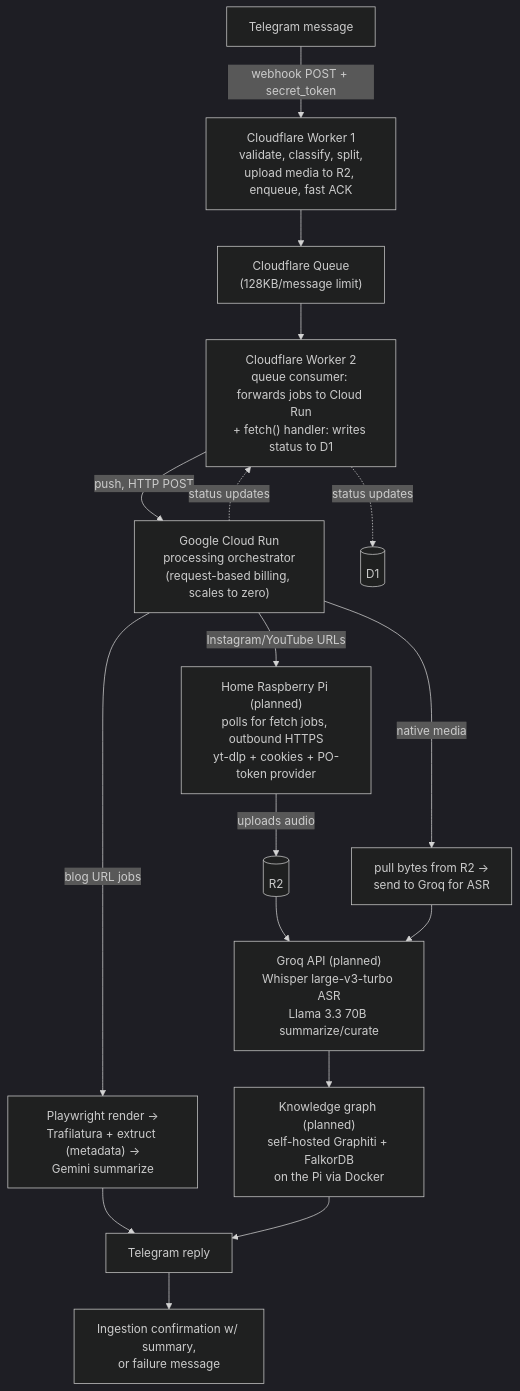
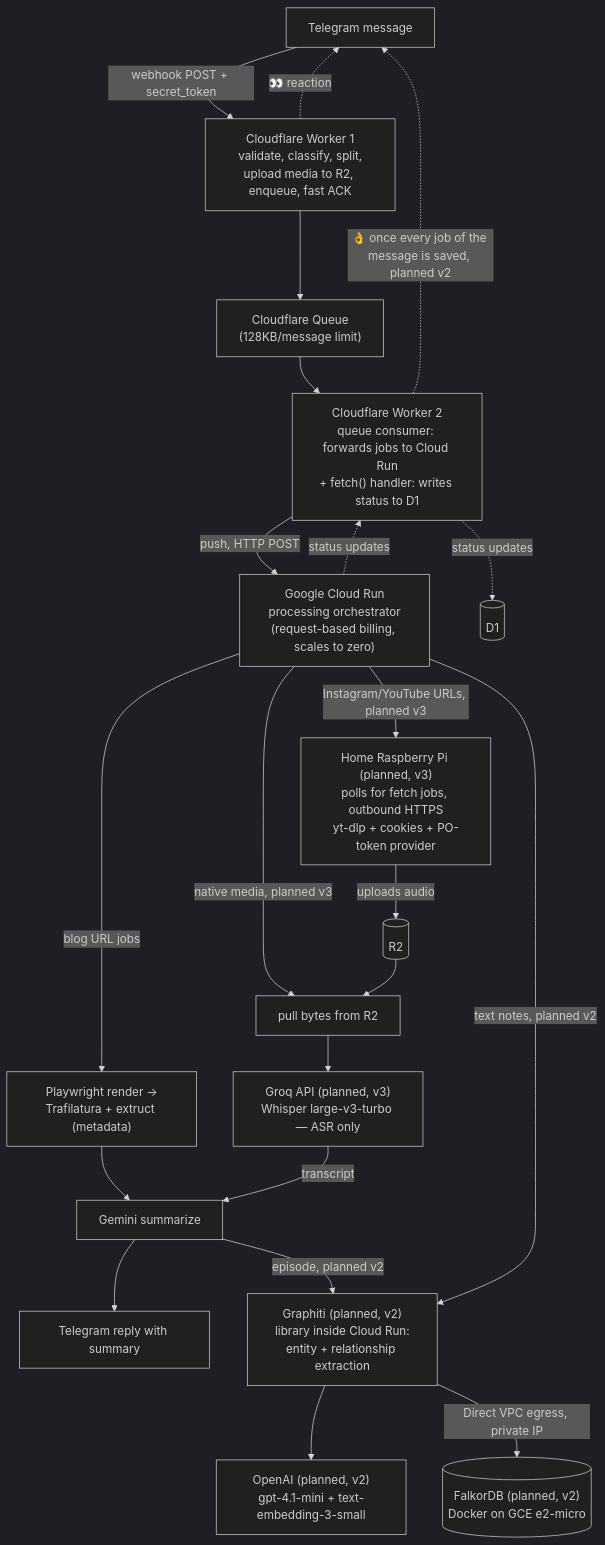
The diagram in docs/architecture.mmd (aayush7511/telegram-knowledge-base), drawn with Mermaid (dark theme) before and after one commit. The commit also changed 7 other files, not shown here.

First line of the commit message:
docs: v2 plan, M0 Graphiti spike results, and spike harness

```diff
--- a/docs/architecture.mmd
+++ b/docs/architecture.mmd
@@ -1,22 +1,26 @@
 flowchart TD
     TG[Telegram message] -->|webhook POST + secret_token| W1["Cloudflare Worker 1<br/>validate, classify, split,<br/>upload media to R2, enqueue, fast ACK"]
+    W1 -.->|👀 reaction| TG
     W1 --> Q["Cloudflare Queue<br/>(128KB/message limit)"]
     Q --> W2["Cloudflare Worker 2<br/>queue consumer: forwards jobs to Cloud Run<br/>+ fetch() handler: writes status to D1"]
     W2 -->|push, HTTP POST| CR["Google Cloud Run<br/>processing orchestrator<br/>(request-based billing, scales to zero)"]
 
-    CR -->|blog URL jobs| BLOG["Playwright render →<br/>Trafilatura + extruct (metadata) →<br/>Gemini summarize"]
-    CR -->|native media| MEDIA["pull bytes from R2 →<br/>send to Groq for ASR"]
-    CR -->|Instagram/YouTube URLs| PI
+    CR -->|blog URL jobs| BLOG["Playwright render →<br/>Trafilatura + extruct (metadata)"]
+    BLOG --> SUM["Gemini summarize"]
+    SUM --> REPLY[Telegram reply with summary]
 
-    BLOG --> REPLY[Telegram reply]
+    CR -->|native media, planned v3| MEDIA["pull bytes from R2"]
+    CR -->|Instagram/YouTube URLs, planned v3| PI["Home Raspberry Pi (planned, v3)<br/>polls for fetch jobs, outbound HTTPS<br/>yt-dlp + cookies + PO-token provider"]
+    PI -->|uploads audio| R2[(R2)]
+    R2 --> MEDIA
+    MEDIA --> GROQ["Groq API (planned, v3)<br/>Whisper large-v3-turbo — ASR only"]
+    GROQ -->|transcript| SUM
 
-    PI["Home Raspberry Pi (planned)<br/>polls for fetch jobs, outbound HTTPS<br/>yt-dlp + cookies + PO-token provider"] -->|uploads audio| R2[(R2)]
-    R2 --> GROQ["Groq API (planned)<br/>Whisper large-v3-turbo ASR<br/>Llama 3.3 70B summarize/curate"]
-    MEDIA --> GROQ
-    GROQ --> KG["Knowledge graph (planned)<br/>self-hosted Graphiti + FalkorDB<br/>on the Pi via Docker"]
-    KG --> REPLY
+    SUM -->|episode, planned v2| GRAPHITI["Graphiti (planned, v2)<br/>library inside Cloud Run:<br/>entity + relationship extraction"]
+    CR -->|text notes, planned v2| GRAPHITI
+    GRAPHITI --> GLLM["OpenAI (planned, v2)<br/>gpt-4.1-mini + text-embedding-3-small"]
+    GRAPHITI -->|Direct VPC egress, private IP| KG[("FalkorDB (planned, v2)<br/>Docker on GCE e2-micro")]
 
-    REPLY --> RESULT["Ingestion confirmation w/ summary,<br/>or failure message"]
-
+    CR -.->|status updates| W2
     W2 -.->|status updates| D1[(D1)]
-    CR -.->|status updates| W2
+    W2 -.->|👌 once every job of the message is saved, planned v2| TG
```
